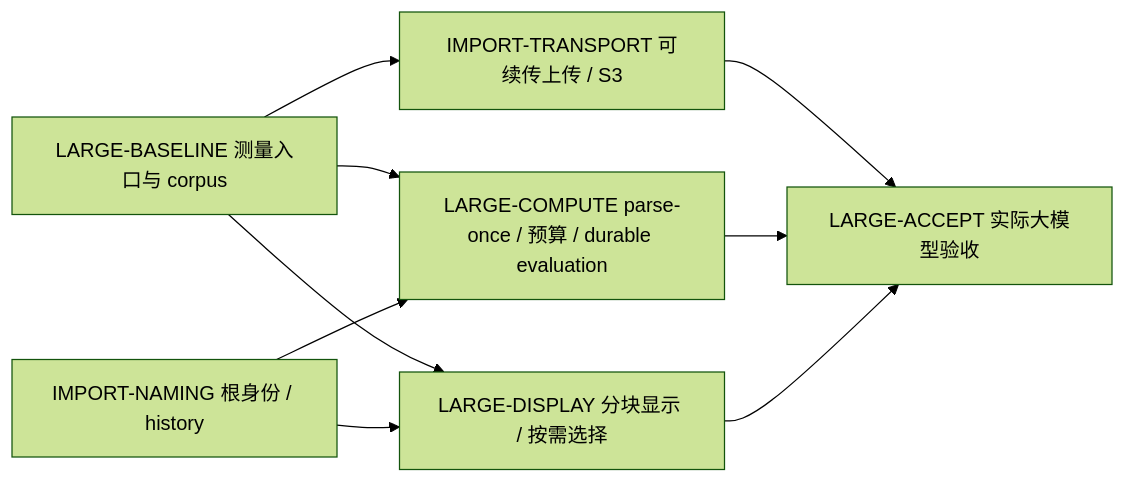
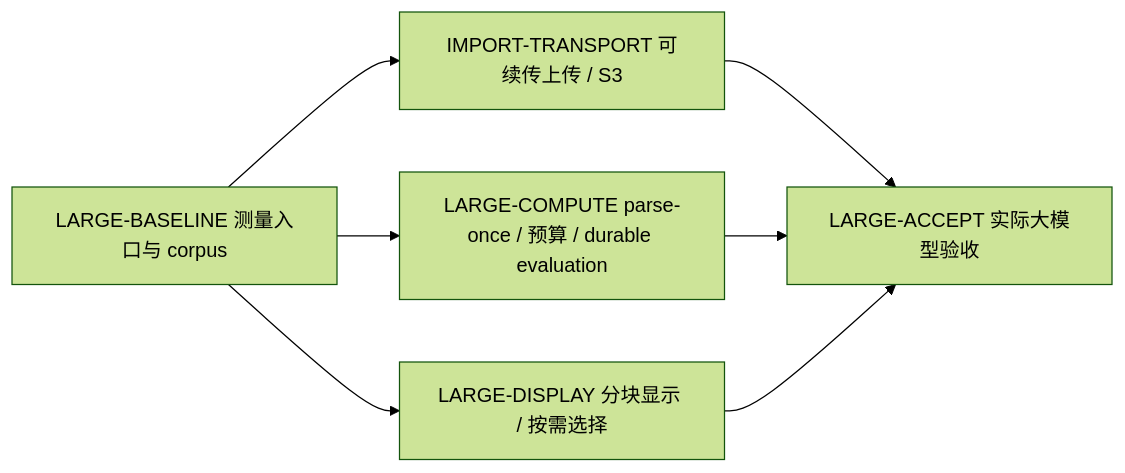
One commit to cossoledad/occccad changed the diagram in plans/import-large-models.md. Above: the diagram before and after it, drawn with Mermaid (forest theme). The commit also changed other lines of this file and 31 other files, not shown here.

````diff
--- a/plans/import-large-models.md
+++ b/plans/import-large-models.md
@@ -7,12 +7,9 @@
 ```mermaid
 flowchart LR
     Baseline["LARGE-BASELINE 测量入口与 corpus"] --> Transport["IMPORT-TRANSPORT 可续传上传 / S3"]
-    Naming["IMPORT-NAMING 根身份 / history"]
     Baseline --> Runtime["LARGE-COMPUTE parse-once / 预算 / durable evaluation"]
-    Naming --> Runtime
     Baseline --> Display["LARGE-DISPLAY 分块显示 / 按需选择"]
-    Naming --> Display
     Transport --> Acceptance["LARGE-ACCEPT 实际大模型验收"]
     Runtime --> Acceptance
     Display --> Acceptance
 ```
````
